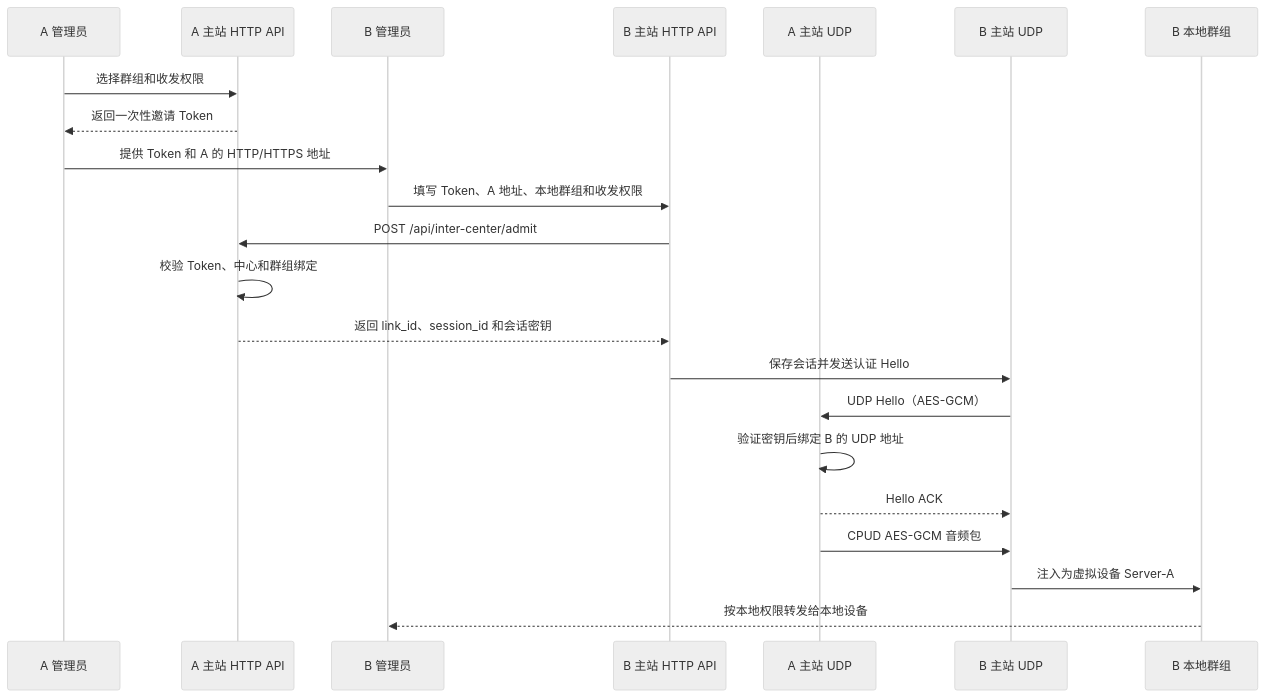
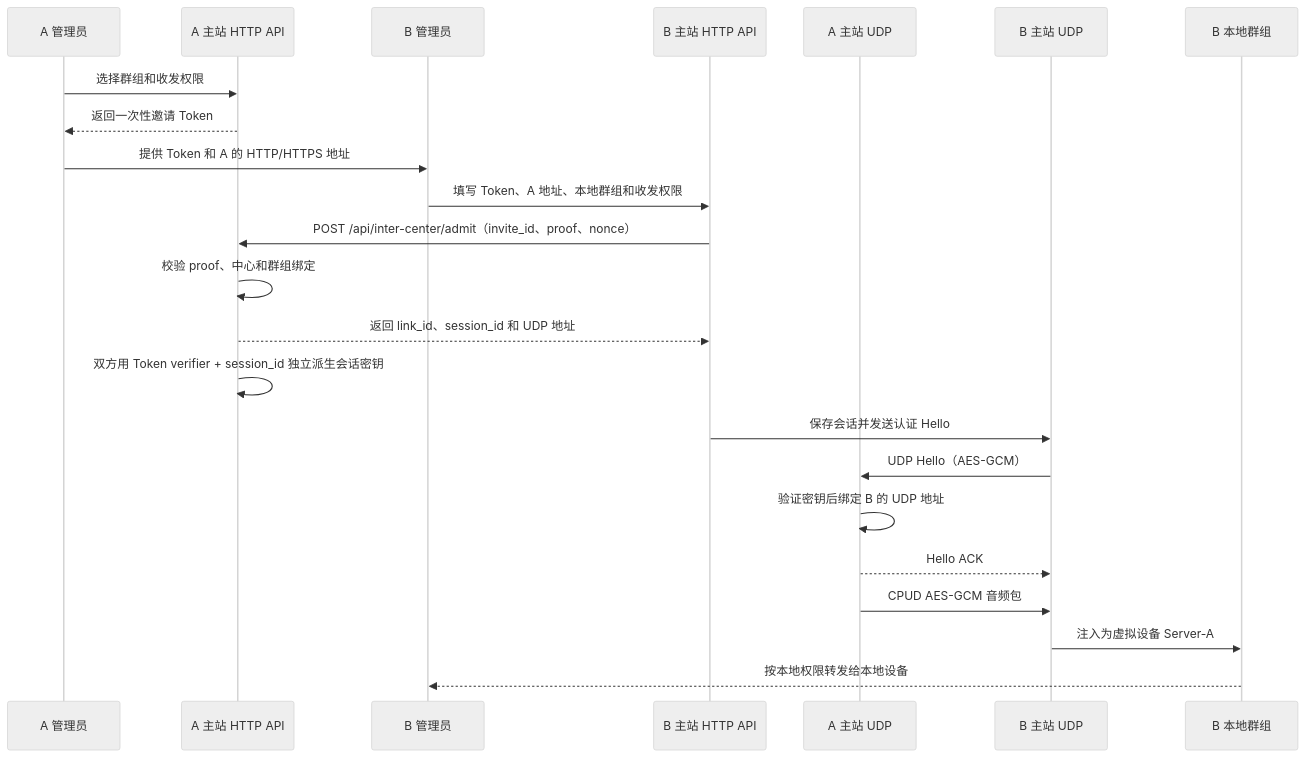
One commit to Daofengql/DraARL-Server changed the diagram in docs/多中心群组互联设计.md. Above: the diagram before and after it, drawn with Mermaid (neutral theme). The commit also changed other lines of this file and 9 other files, not shown here.

````diff
--- a/docs/多中心群组互联设计.md
+++ b/docs/多中心群组互联设计.md
@@ -30,25 +30,26 @@
 ```mermaid
 sequenceDiagram
     participant A as A 管理员
     participant AS as A 主站 HTTP API
     participant B as B 管理员
     participant BS as B 主站 HTTP API
     participant AU as A 主站 UDP
     participant BU as B 主站 UDP
     participant BG as B 本地群组
 
     A->>AS: 选择群组和收发权限
     AS-->>A: 返回一次性邀请 Token
     A->>B: 提供 Token 和 A 的 HTTP/HTTPS 地址
     B->>BS: 填写 Token、A 地址、本地群组和收发权限
-    BS->>AS: POST /api/inter-center/admit
-    AS->>AS: 校验 Token、中心和群组绑定
-    AS-->>BS: 返回 link_id、session_id 和会话密钥
+    BS->>AS: POST /api/inter-center/admit（invite_id、proof、nonce）
+    AS->>AS: 校验 proof、中心和群组绑定
+    AS-->>BS: 返回 link_id、session_id 和 UDP 地址
+    AS->>AS: 双方用 Token verifier + session_id 独立派生会话密钥
     BS->>BU: 保存会话并发送认证 Hello
     BU->>AU: UDP Hello（AES-GCM）
     AU->>AU: 验证密钥后绑定 B 的 UDP 地址
     AU-->>BU: Hello ACK
     AU->>BU: CPUD AES-GCM 音频包
     BU->>BG: 注入为虚拟设备 Server-A
     BG-->>B: 按本地权限转发给本地设备
 ```
````
